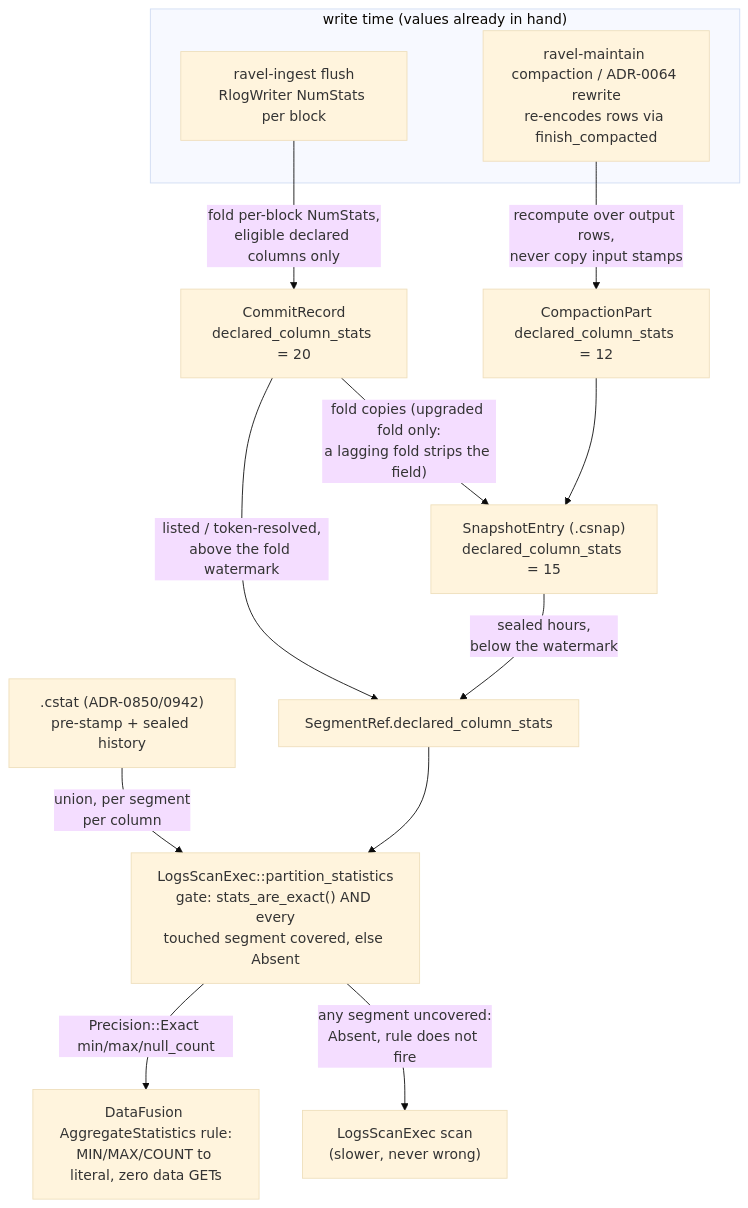
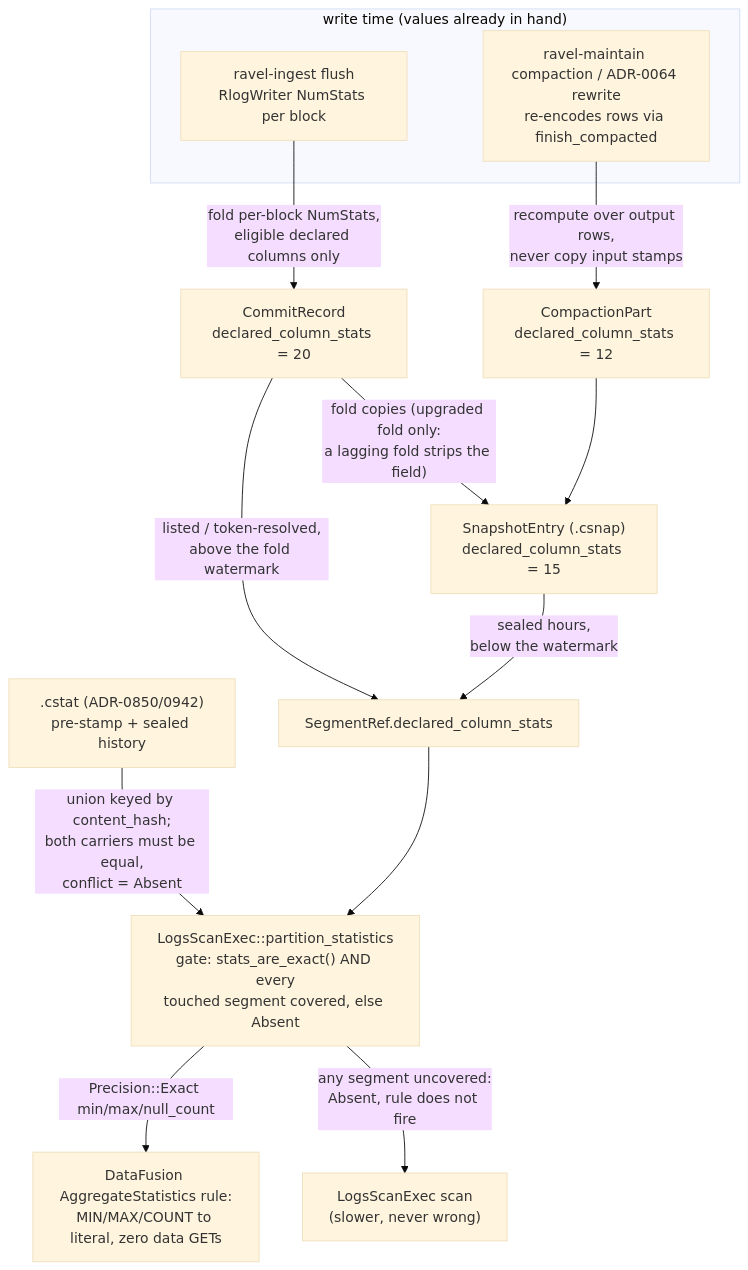
One commit to NOFireAI/ravel changed the diagram in docs/adrs/0873-commit-record-declared-min-max.md. Above: the diagram before and after it, drawn with Mermaid (base theme). The commit also changed other lines of this file, not shown here.

````diff
--- a/docs/adrs/0873-commit-record-declared-min-max.md
+++ b/docs/adrs/0873-commit-record-declared-min-max.md
@@ -417,21 +557,21 @@
 ```mermaid
 flowchart TD
   subgraph write["write time (values already in hand)"]
     ING["ravel-ingest flush<br/>RlogWriter NumStats per block"]
     CMP["ravel-maintain compaction / ADR-0064 rewrite<br/>re-encodes rows via finish_compacted"]
   end
 
   ING -->|"fold per-block NumStats,<br/>eligible declared columns only"| CR["CommitRecord<br/>declared_column_stats = 20"]
   CMP -->|"recompute over output rows,<br/>never copy input stamps"| CP["CompactionPart<br/>declared_column_stats = 12"]
 
   CR -->|"fold copies (upgraded fold only:<br/>a lagging fold strips the field)"| SE["SnapshotEntry (.csnap)<br/>declared_column_stats = 15"]
   CP --> SE
 
   CR -->|"listed / token-resolved,<br/>above the fold watermark"| REF["SegmentRef.declared_column_stats"]
   SE -->|"sealed hours,<br/>below the watermark"| REF
-  CST[".cstat (ADR-0850/0942)<br/>pre-stamp + sealed history"] -->|"union, per segment<br/>per column"| STATS
+  CST[".cstat (ADR-0850/0942)<br/>pre-stamp + sealed history"] -->|"union keyed by content_hash;<br/>both carriers must be equal,<br/>conflict = Absent"| STATS
 
   REF --> STATS["LogsScanExec::partition_statistics<br/>gate: stats_are_exact() AND every<br/>touched segment covered, else Absent"]
   STATS -->|"Precision::Exact min/max/null_count"| AGG["DataFusion AggregateStatistics rule:<br/>MIN/MAX/COUNT to literal, zero data GETs"]
   STATS -->|"any segment uncovered:<br/>Absent, rule does not fire"| SCAN["LogsScanExec scan<br/>(slower, never wrong)"]
 ```
````
